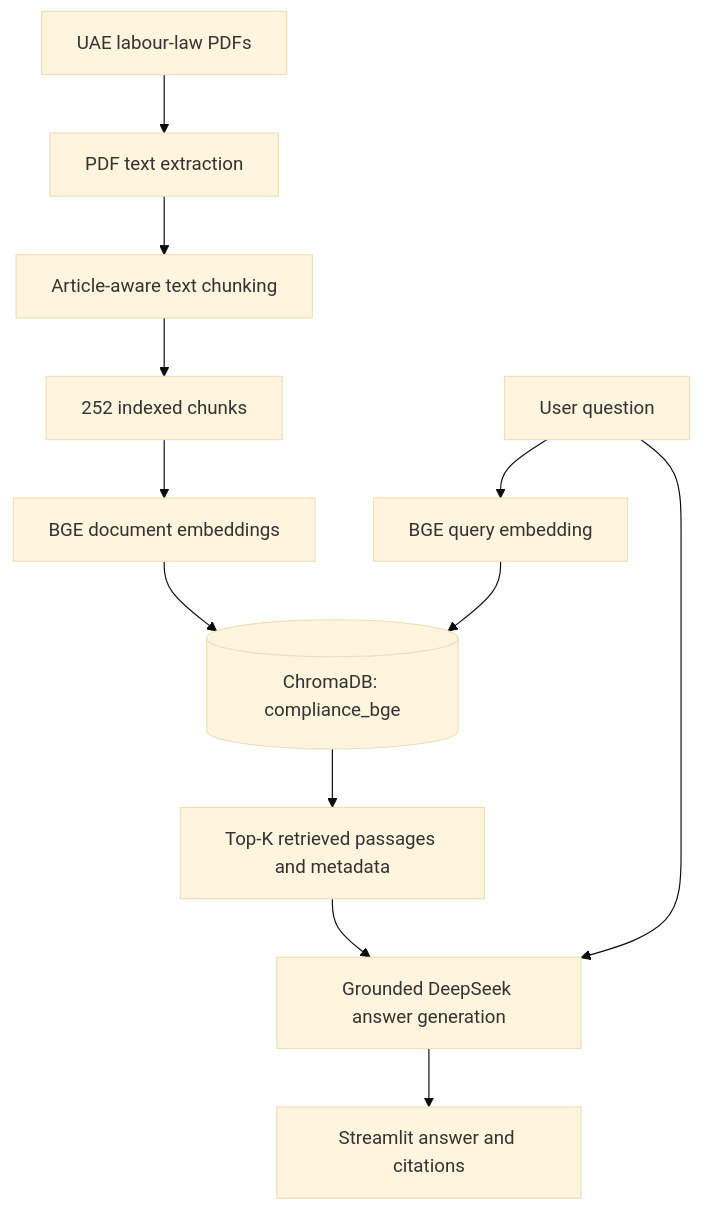
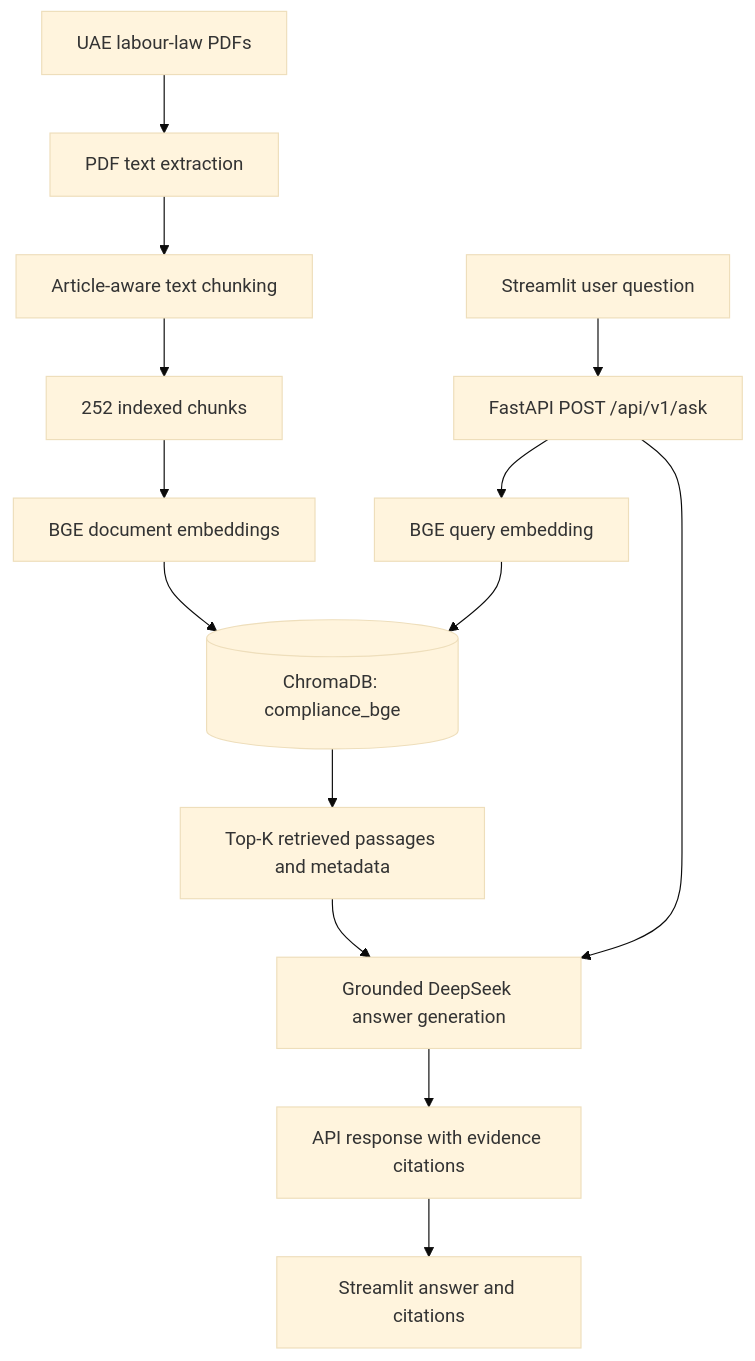
One commit to lostincalibasas/UAE-Labour-Law-Assistant changed the diagram in README.md. Above: the diagram before and after it, drawn with Mermaid (base theme). The commit also changed other lines of this file and 14 other files, not shown here.

Commit message:
Add FastAPI backend with Streamlit HTTP integration

````diff
--- a/README.md
+++ b/README.md
@@ -19,14 +19,16 @@
 ```mermaid
 flowchart TD
     A[UAE labour-law PDFs] --> B[PDF text extraction]
     B --> C[Article-aware text chunking]
     C --> D[252 indexed chunks]
     D --> E[BGE document embeddings]
     E --> F[(ChromaDB: compliance_bge)]
-    Q[User question] --> G[BGE query embedding]
+    Q[Streamlit user question] --> API[FastAPI POST /api/v1/ask]
+    API --> G[BGE query embedding]
     G --> F
     F --> H[Top-K retrieved passages and metadata]
     H --> I[Grounded DeepSeek answer generation]
-    Q --> I
-    I --> J[Streamlit answer and citations]
+    API --> I
+    I --> R[API response with evidence citations]
+    R --> J[Streamlit answer and citations]
 ```
````
